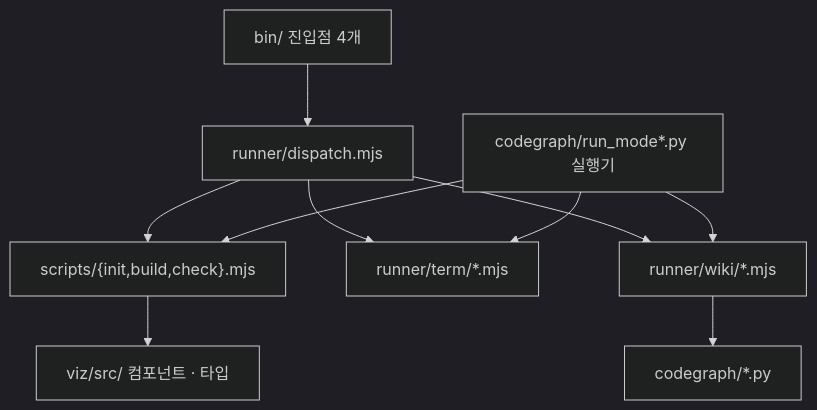
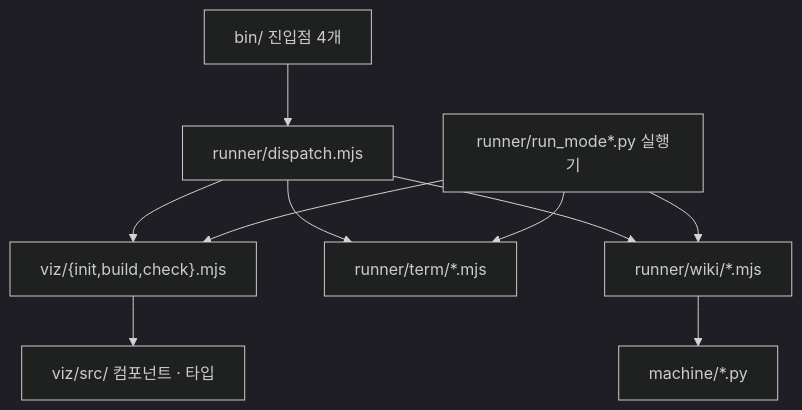
One commit to DogGuyMan/Agent-Report-Build-Pipeline changed the third of 5 diagrams in ARCHITECTURE.md. Above: the diagram before and after it, drawn with Mermaid (dark theme). The commit also changed other lines of this file, not shown here.

First line of the commit message:
[docs] : ARCHITECTURE.md 내 과거 codegraph 및 scripts 참조 갱신

````diff
--- a/ARCHITECTURE.md
+++ b/ARCHITECTURE.md
@@ -264,12 +264,12 @@
 ```mermaid
 flowchart TD
   BIN["bin/ 진입점 4개"] --> DIS["runner/dispatch.mjs"]
-  DIS --> SPEC["scripts/{init,build,check}.mjs"]
+  DIS --> SPEC["viz/{init,build,check}.mjs"]
   DIS --> TERM["runner/term/*.mjs"]
   DIS --> WIKI["runner/wiki/*.mjs"]
   SPEC --> SRC["viz/src/ 컴포넌트 · 타입"]
-  WIKI --> PY["codegraph/*.py"]
-  RUN["codegraph/run_mode*.py 실행기"] --> WIKI
+  WIKI --> PY["machine/*.py"]
+  RUN["runner/run_mode*.py 실행기"] --> WIKI
   RUN --> SPEC
   RUN --> TERM
 ```
````
